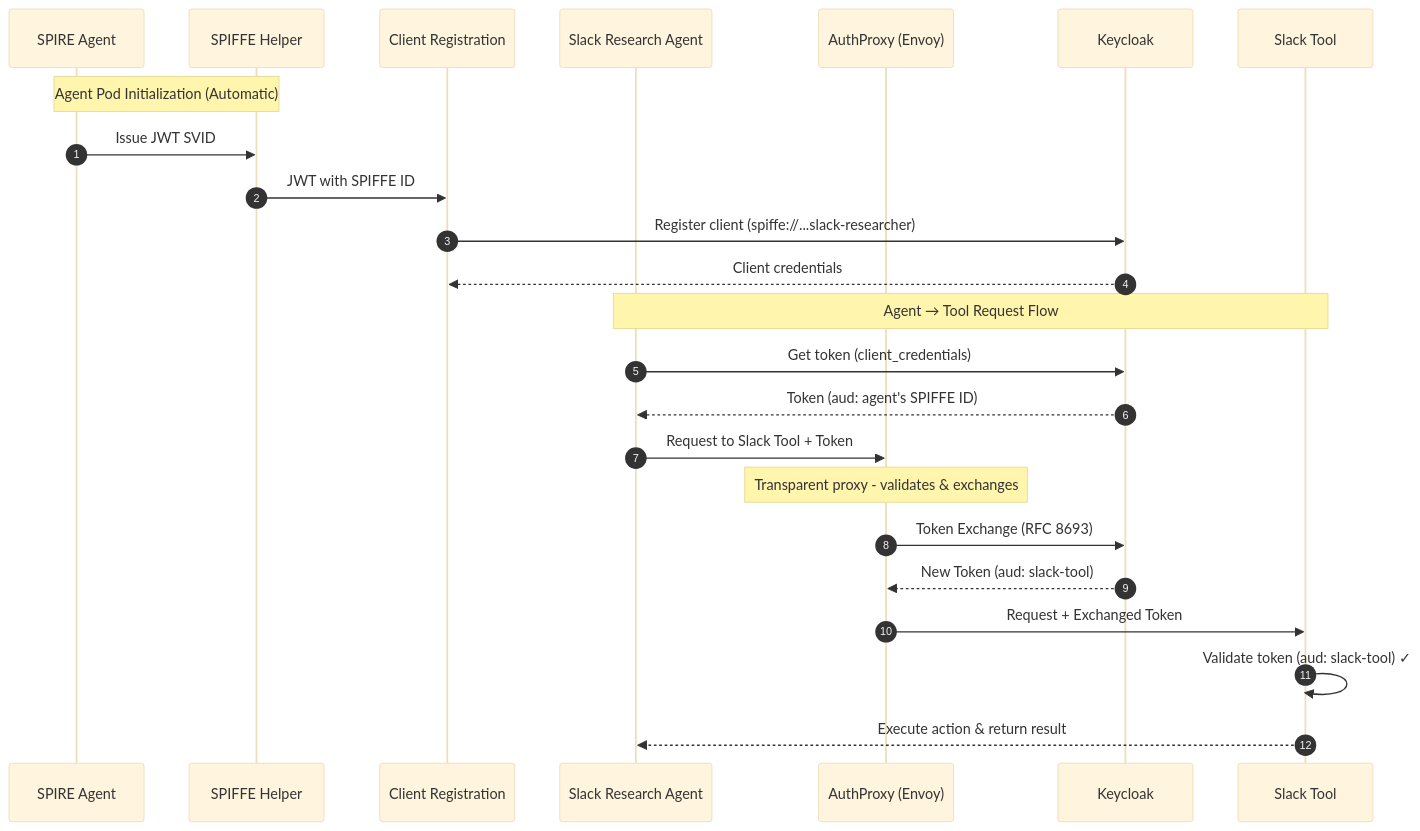
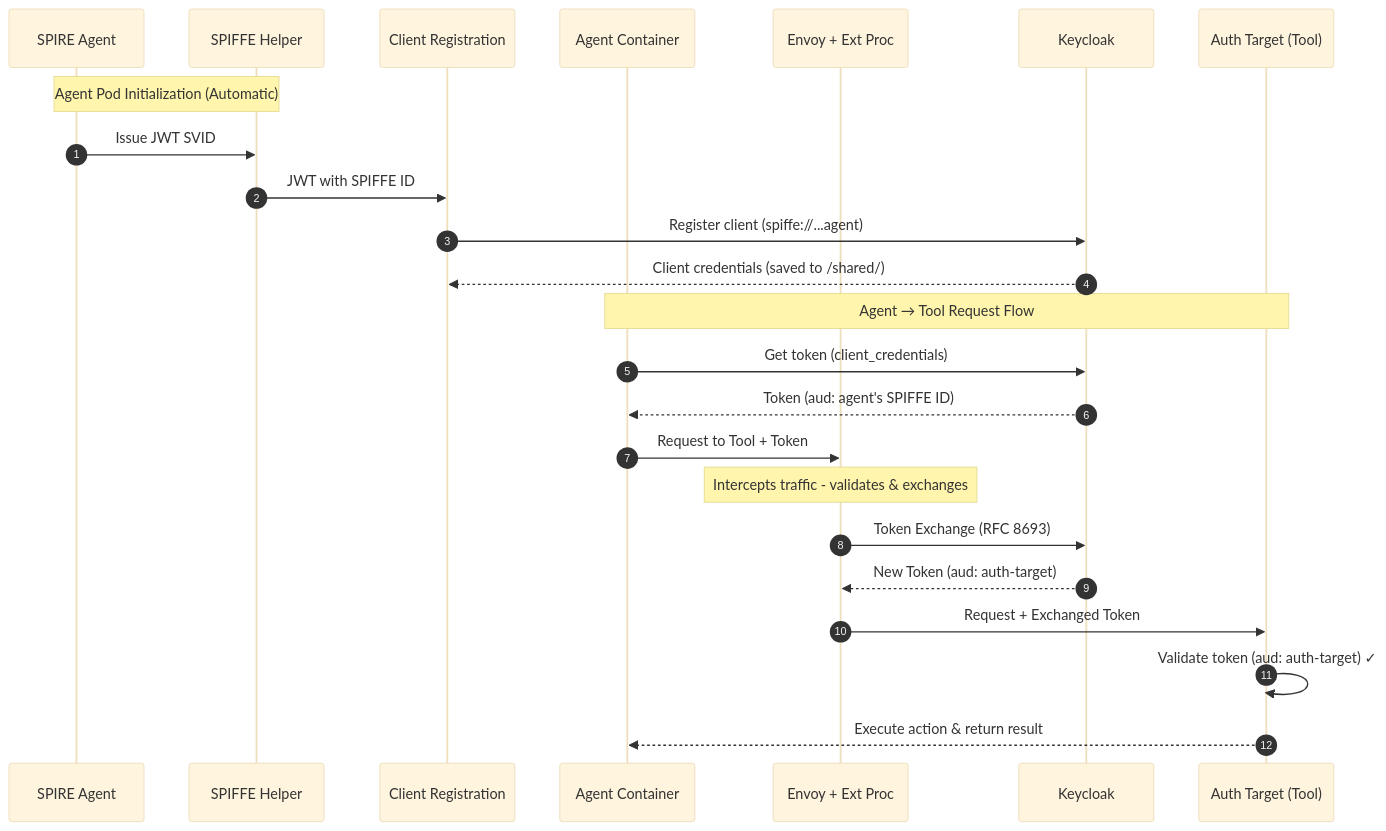
The fourth of 10 diagrams in AuthBridge/BLOG-agentic.md (mrsabath/kagenti-extensions), drawn with Mermaid (base theme) before and after one commit. The commit also changed other lines of this file, not shown here.

````diff
--- a/AuthBridge/BLOG-agentic.md
+++ b/AuthBridge/BLOG-agentic.md
@@ -247,31 +247,31 @@
 ```mermaid
 sequenceDiagram
     autonumber
     participant SPIRE as SPIRE Agent
     participant Helper as SPIFFE Helper
     participant Reg as Client Registration
-    participant Agent as Slack Research Agent
-    participant Proxy as AuthProxy (Envoy)
+    participant Agent as Agent Container
+    participant Envoy as Envoy + Ext Proc
     participant KC as Keycloak
-    participant Tool as Slack Tool
+    participant Tool as Auth Target (Tool)
 
     Note over Helper,SPIRE: Agent Pod Initialization (Automatic)
     SPIRE->>Helper: Issue JWT SVID
     Helper->>Reg: JWT with SPIFFE ID
-    Reg->>KC: Register client (spiffe://...slack-researcher)
-    KC-->>Reg: Client credentials
+    Reg->>KC: Register client (spiffe://...agent)
+    KC-->>Reg: Client credentials (saved to /shared/)
 
     Note over Agent,Tool: Agent → Tool Request Flow
     Agent->>KC: Get token (client_credentials)
     KC-->>Agent: Token (aud: agent's SPIFFE ID)
     
-    Agent->>Proxy: Request to Slack Tool + Token
-    Note over Proxy: Transparent proxy - validates & exchanges
+    Agent->>Envoy: Request to Tool + Token
+    Note over Envoy: Intercepts traffic - validates & exchanges
     
-    Proxy->>KC: Token Exchange (RFC 8693)
-    KC-->>Proxy: New Token (aud: slack-tool)
+    Envoy->>KC: Token Exchange (RFC 8693)
+    KC-->>Envoy: New Token (aud: auth-target)
     
-    Proxy->>Tool: Request + Exchanged Token
-    Tool->>Tool: Validate token (aud: slack-tool) ✓
+    Envoy->>Tool: Request + Exchanged Token
+    Tool->>Tool: Validate token (aud: auth-target) ✓
     Tool-->>Agent: Execute action & return result
 ```
````
